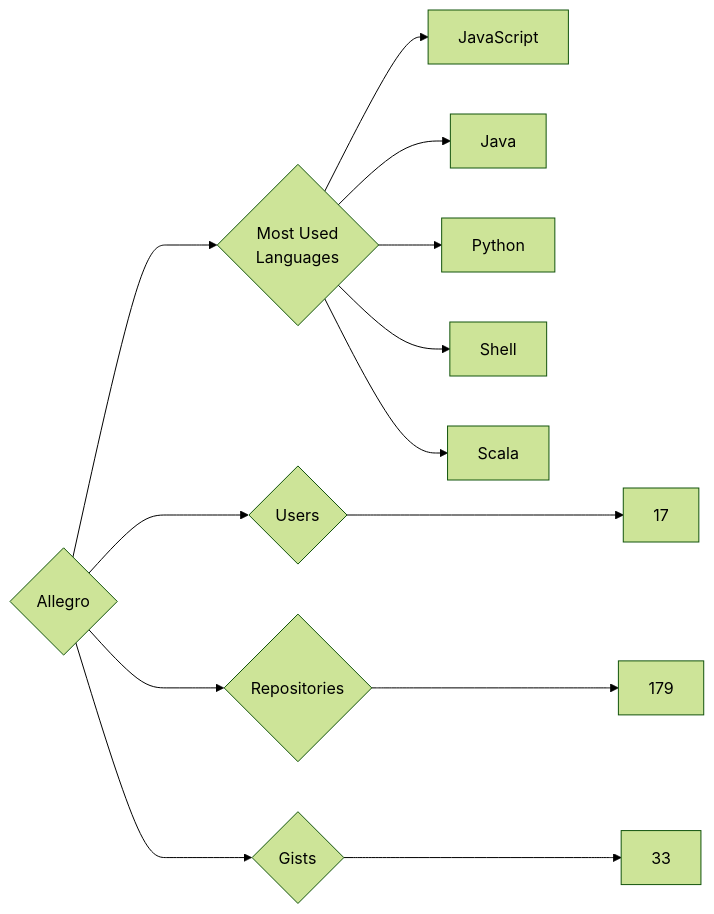
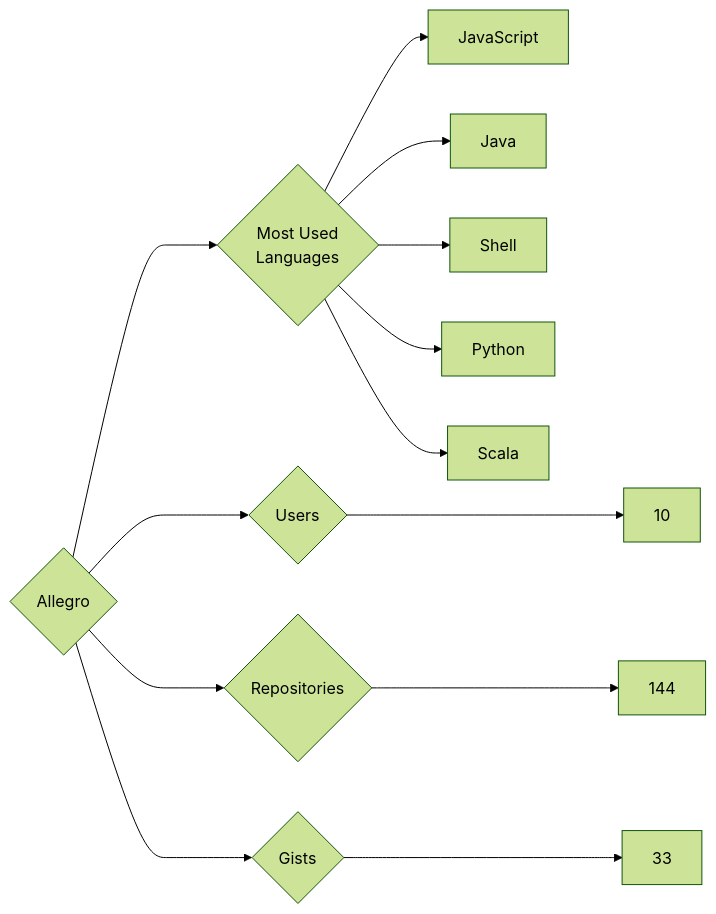
Before and after one commit to trickest/insiders: the diagram in targets/Allegro/README.md, drawn with Mermaid (forest theme). The commit also changed 953 other files, not shown here.

````diff
--- a/targets/Allegro/README.md
+++ b/targets/Allegro/README.md
@@ -3,13 +3,13 @@
 ```mermaid
 graph LR
 COMPANY_NAME{Allegro}
-COMPANY_NAME ---> U{Users} ---> UN[17]
-COMPANY_NAME ---> R{Repositories} ---> RN[179]
+COMPANY_NAME ---> U{Users} ---> UN[10]
+COMPANY_NAME ---> R{Repositories} ---> RN[144]
 COMPANY_NAME ---> G{Gists} ---> GN[33]
 COMPANY_NAME ---> ML{Most Used<br>Languages}
 ML --> JavaScript[JavaScript]
 ML --> Java[Java]
+ML --> Shell[Shell]
 ML --> Python[Python]
-ML --> Shell[Shell]
 ML --> Scala[Scala]
 ```
````
